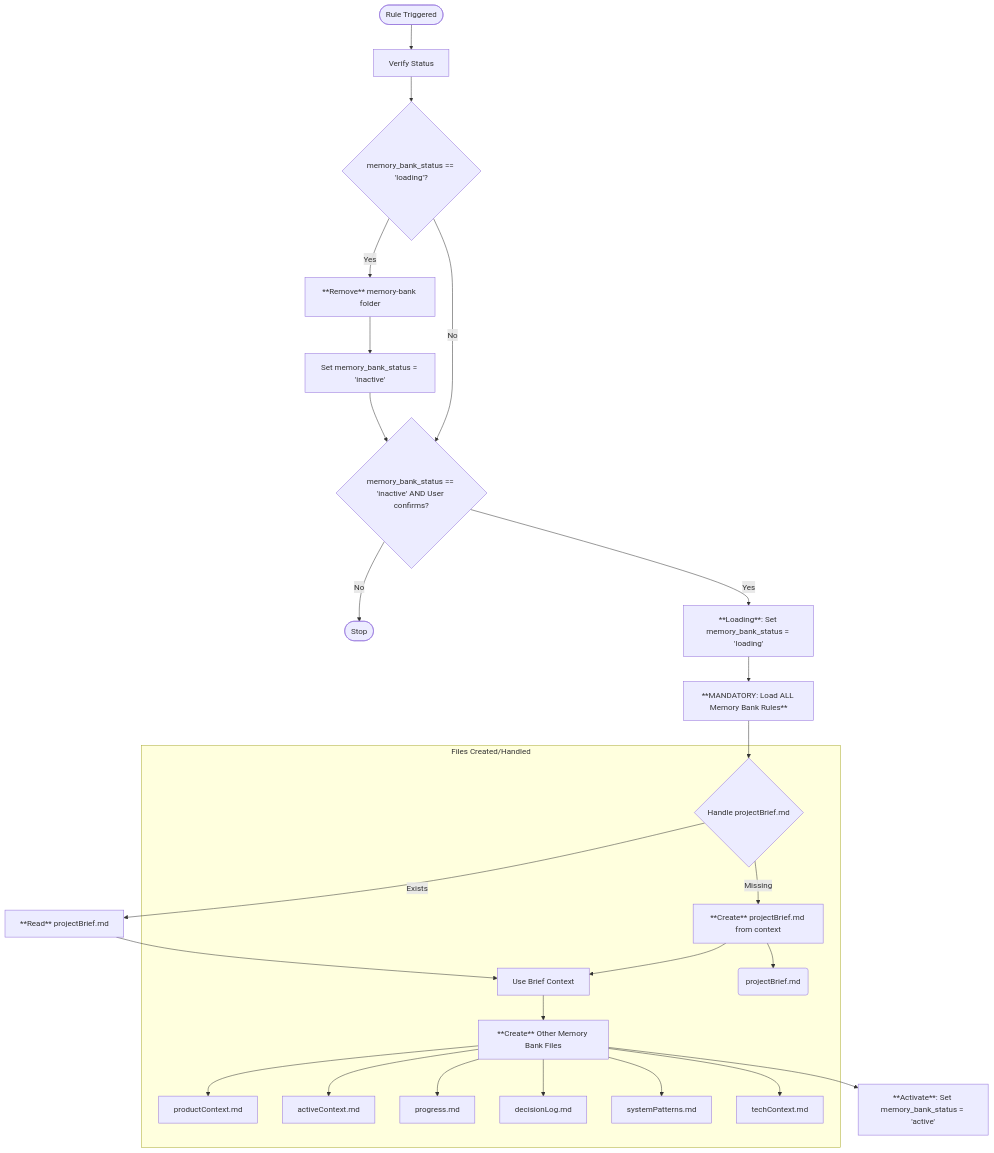
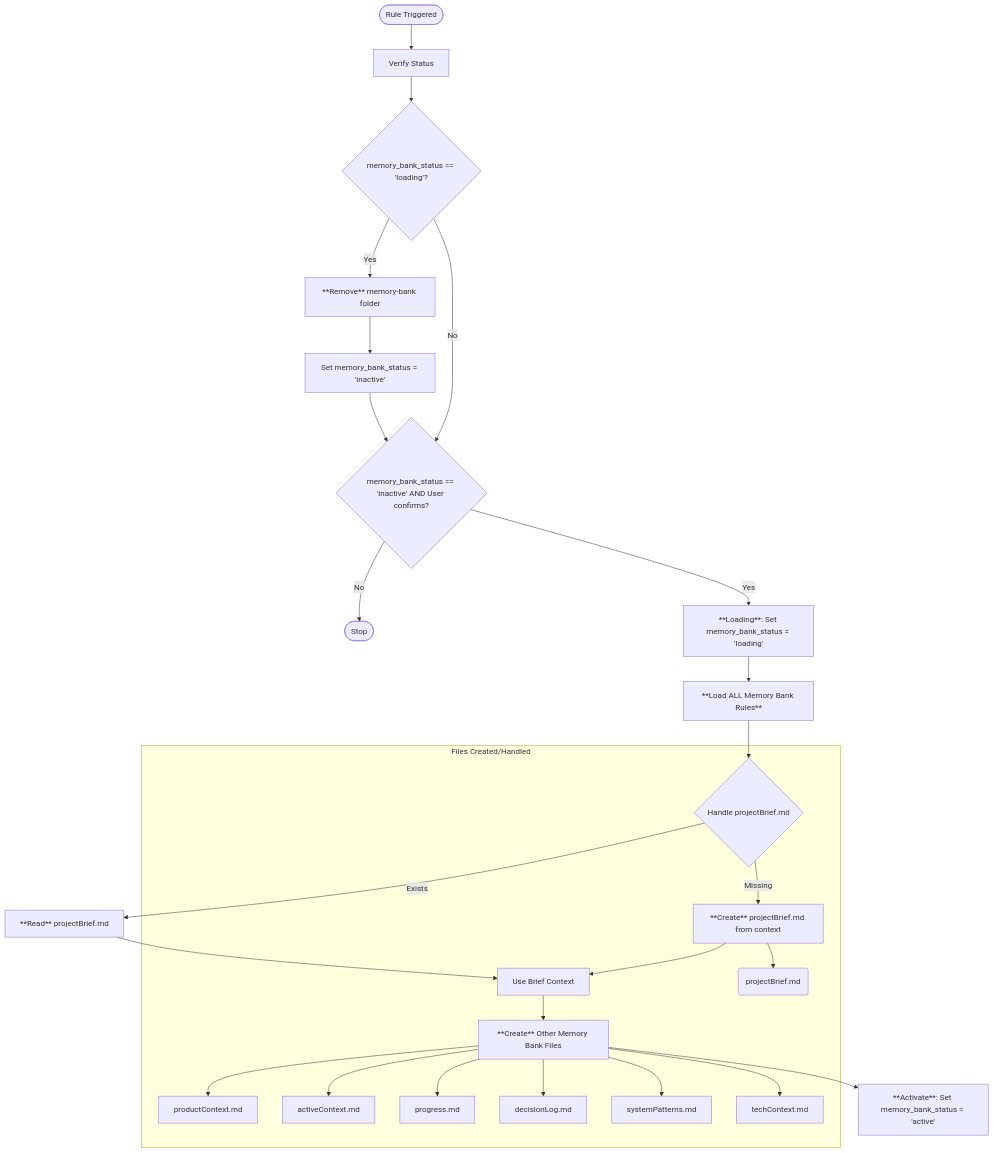
One commit to kvokka/getting-started changed the diagram in .cursor/rules/agent/memory-bank/init.mdc. Above: the diagram before and after it, drawn with Mermaid. The commit also changed other lines of this file, not shown here.

First line of the commit message:
docs(memory-bank): clarify memory bank rule loading

````diff
--- a/.cursor/rules/agent/memory-bank/init.mdc
+++ b/.cursor/rules/agent/memory-bank/init.mdc
@@ -14,35 +14,35 @@
 ```mermaid
 flowchart TD
     Start([Rule Triggered]) --> VerifyStatus[Verify Status]
     VerifyStatus --> CheckLoading{memory_bank_status == 'loading'?}
     CheckLoading -->|Yes| RemoveFolder[**Remove** memory-bank folder]
     RemoveFolder --> SetInactive[Set memory_bank_status = 'inactive']
     SetInactive --> Confirm
 
     CheckLoading -->|No| Confirm{memory_bank_status == 'inactive' AND User confirms?}
     Confirm -->|No| End([Stop])
 
     Confirm -->|Yes| Loading[**Loading**: Set memory_bank_status = 'loading']
-    Loading --> LoadRules[**MANDATORY: Load ALL Memory Bank Rules**]
+    Loading --> LoadRules[**Load ALL Memory Bank Rules**]
     LoadRules --> HandleBrief{Handle projectBrief.md}
     HandleBrief -- Exists --> ReadBrief[**Read** projectBrief.md]
     HandleBrief -- Missing --> CreateBrief[**Create** projectBrief.md from context]
 
     ReadBrief --> UseBriefContext[Use Brief Context]
     CreateBrief --> UseBriefContext
 
     UseBriefContext --> CreateFiles[**Create** Other Memory Bank Files]
     CreateFiles --> Activate[**Activate**: Set memory_bank_status = 'active']
 
     subgraph "Files Created/Handled"
         HandleBrief
         CreateBrief --> FileBrief(projectBrief.md)
         UseBriefContext
         CreateFiles --> ProductContext[productContext.md]
         CreateFiles --> ActiveContext[activeContext.md]
         CreateFiles --> Progress[progress.md]
         CreateFiles --> DecisionLog[decisionLog.md]
         CreateFiles --> SystemPatterns[systemPatterns.md]
         CreateFiles --> TechContext[techContext.md]
     end
 ```
````
